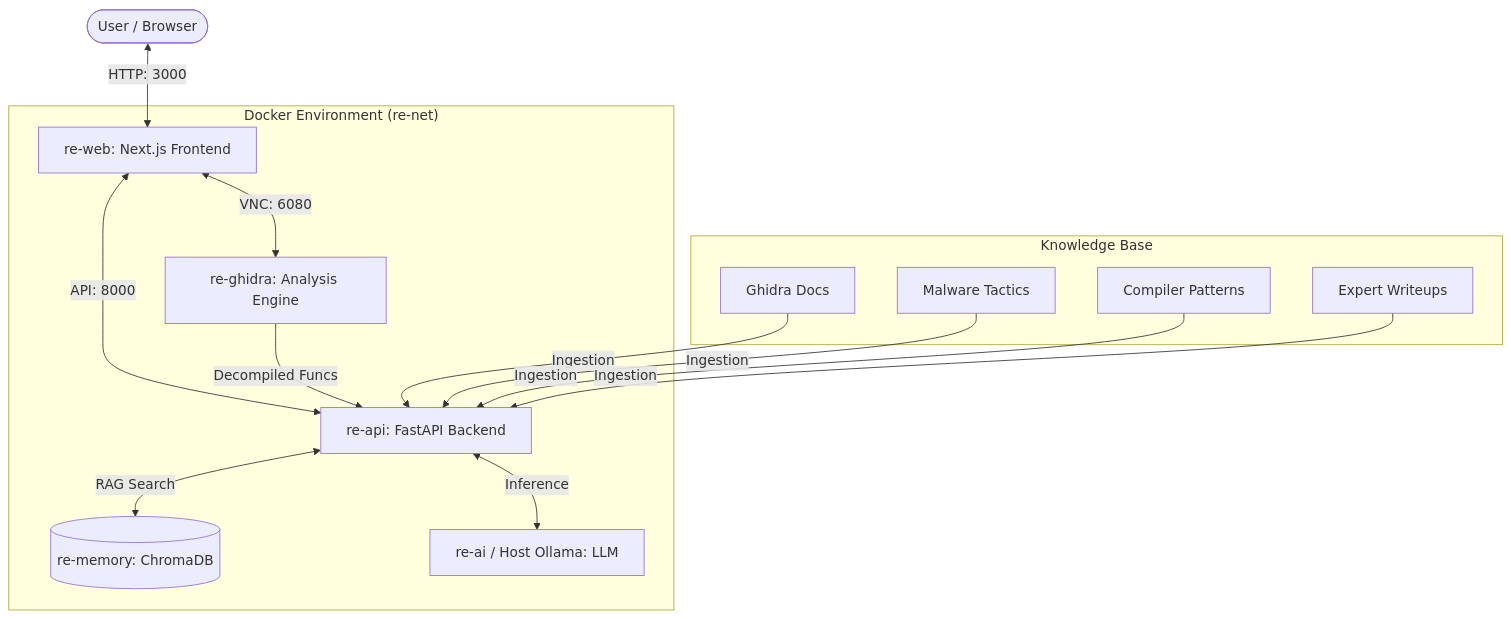
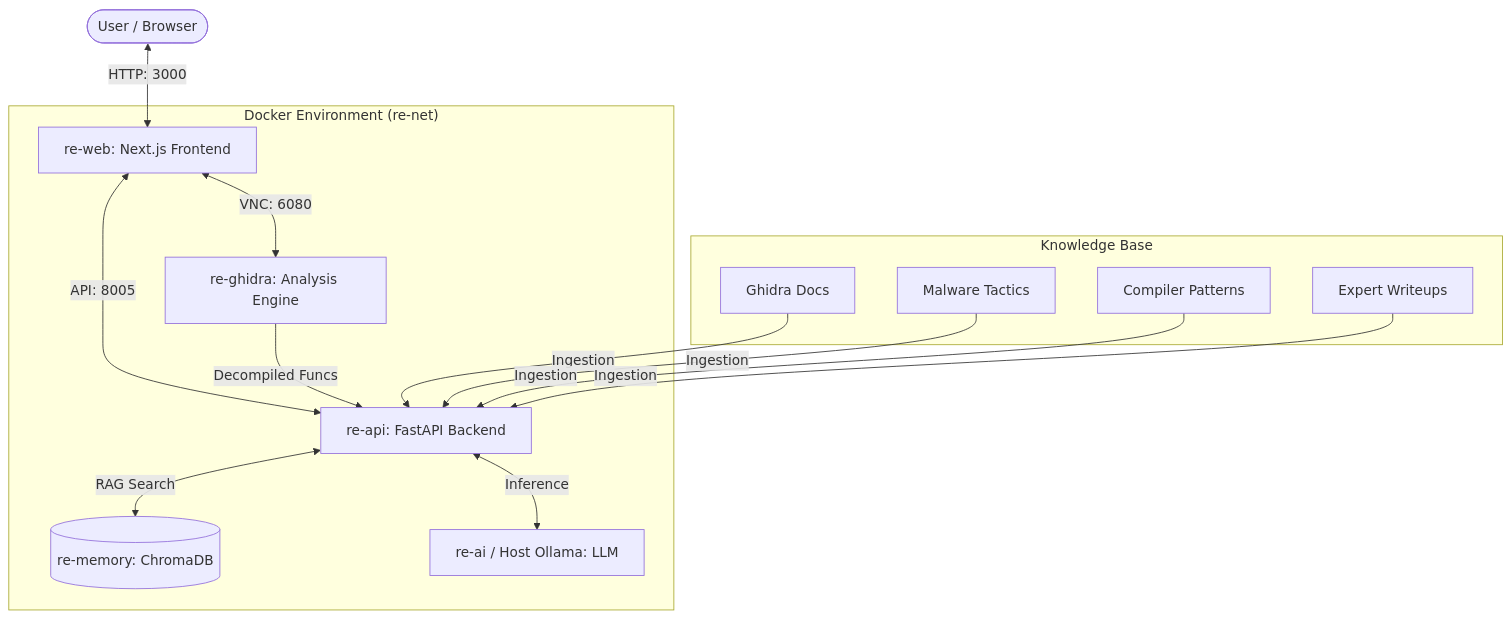
The diagram in README.md (Sagz9000/re_brain), drawn with Mermaid before and after one commit. The commit also changed 2 other files, not shown here.

Commit message:
Fix: Change re-api host port to 8005 to avoid port collision

````diff
--- a/README.md
+++ b/README.md
@@ -11,29 +11,29 @@
 ```mermaid
 graph TD
     User([User / Browser])
     
     subgraph "Docker Environment (re-net)"
         Web[re-web: Next.js Frontend]
         API[re-api: FastAPI Backend]
         Ghidra[re-ghidra: Analysis Engine]
         Memory[(re-memory: ChromaDB)]
         AI[re-ai / Host Ollama: LLM]
     end
 
     subgraph "Knowledge Base"
         Docs[Ghidra Docs]
         Mal[Malware Tactics]
         Pat[Compiler Patterns]
         Exp[Expert Writeups]
     end
 
     User <-->|HTTP: 3000| Web
     Web <-->|VNC: 6080| Ghidra
-    Web <-->|API: 8000| API
+    Web <-->|API: 8005| API
     
     API <-->|RAG Search| Memory
     API <-->|Inference| AI
     
     Ghidra -->|Decompiled Funcs| API
     Docs & Mal & Pat & Exp -->|Ingestion| API
 ```
````
